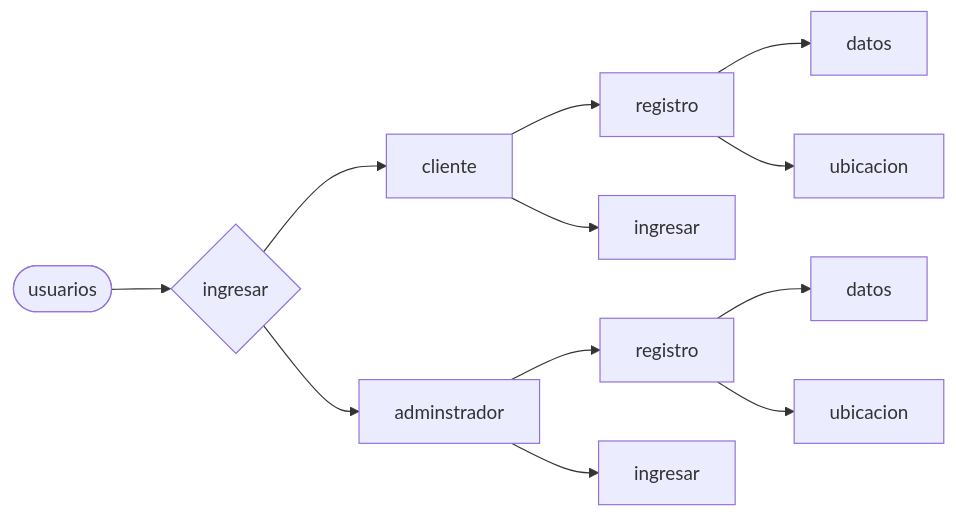
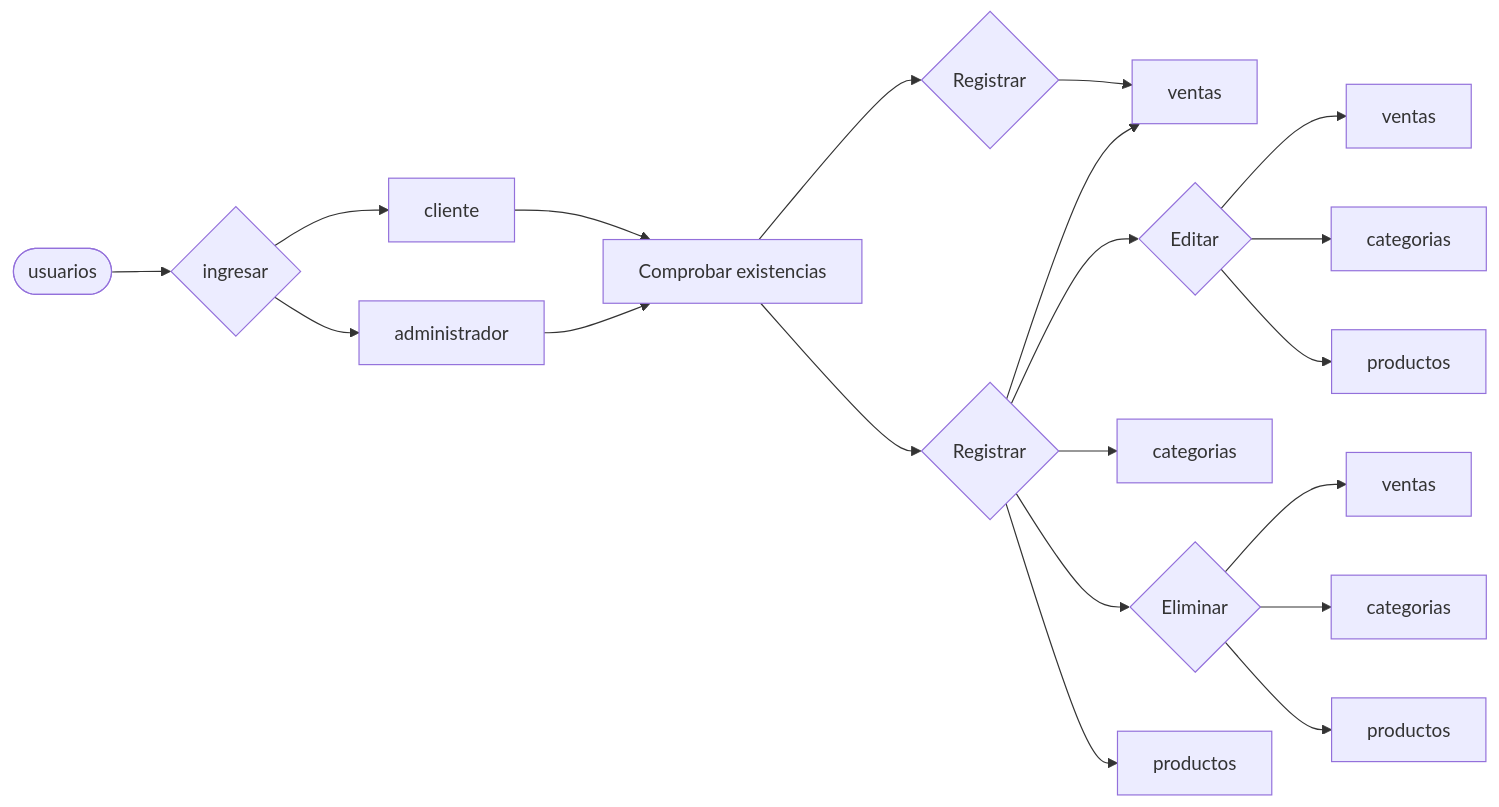
One commit to inventario-ingesoft1-M/Inventario-ingesoft changed the first of 3 diagrams in casos_de_uso.md. Above: the diagram before and after it, drawn with Mermaid.

Commit message:
Se aclara la fluidez entre cliente y administrador

````diff
--- a/casos_de_uso.md
+++ b/casos_de_uso.md
@@ -4,14 +4,29 @@
-```mermaid 
+```mermaid
 graph LR
 a([usuarios]) --> b{ingresar}
+
 b{ingresar} --> c[cliente]
- c[cliente]-->g[registro]
-              g[registro]-->h[datos]
-              g[registro]-->i[ubicacion]
- c[cliente]-->j[ingresar]
-b{ingresar} -->d[adminstrador]
- d[adminstrador] -->e[registro]
-              e[registro]-->k[datos]
-              e[registro]-->l[ubicacion]    
- d[adminstrador] -->f[ingresar]
-```
+c[cliente] --> e[Comprobar existencias]
+e[Comprobar existencias] --> f{Registrar}
+f{Registrar} --> h[ventas]
+
+b{ingresar} --> d[administrador]
+d[administrador] --> e[Comprobar existencias]
+e[Comprobar existencias] --> g{Registrar}
+
+g{Registrar} --> h[ventas]
+
+g{Registrar} --> k{Editar}
+k{Editar} --> m[ventas]
+k{Editar} --> n[categorias]
+k{Editar} --> ñ[productos]
+
+g{Registrar} --> i[categorias]
+
+g{Registrar} --> l{Eliminar}
+l{Eliminar} --> o[ventas]
+l{Eliminar} --> p[categorias]
+l{Eliminar} --> q[productos]
+
+g{Registrar} --> j[productos]
+ ```
````
